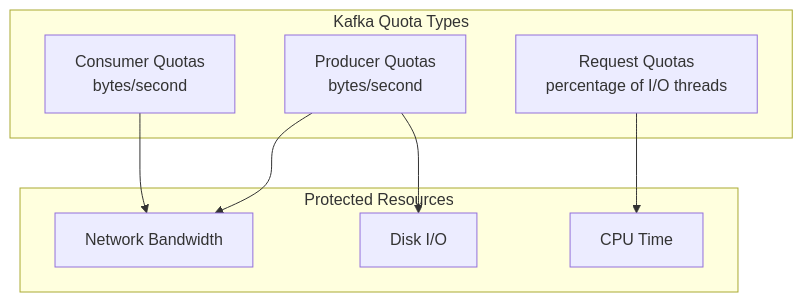
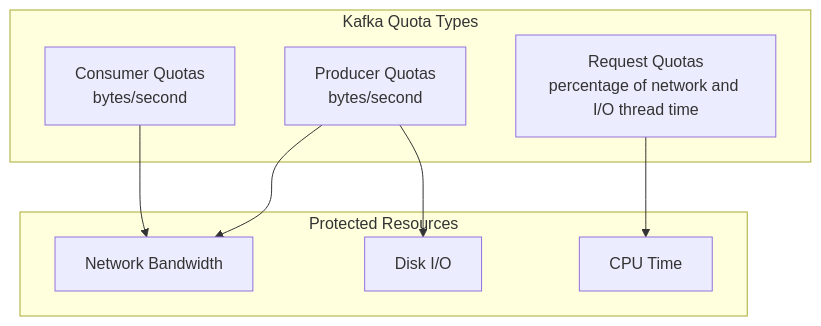
One commit to OneUptime/blog changed the first of 5 diagrams in posts/2026-01-30-kafka-quota-management/README.md. Above: the diagram before and after it, drawn with Mermaid. The commit also changed other lines of this file and 2 other files, not shown here.

````diff
--- a/posts/2026-01-30-kafka-quota-management/README.md
+++ b/posts/2026-01-30-kafka-quota-management/README.md
@@ -21,19 +21,19 @@
 ```mermaid
 flowchart TB
     subgraph Quotas["Kafka Quota Types"]
         PQ["Producer Quotas<br/>bytes/second"]
         CQ["Consumer Quotas<br/>bytes/second"]
-        RQ["Request Quotas<br/>percentage of I/O threads"]
+        RQ["Request Quotas<br/>percentage of network and I/O thread time"]
     end
 
     subgraph Resources["Protected Resources"]
         NB["Network Bandwidth"]
         DI["Disk I/O"]
         CT["CPU Time"]
     end
 
     PQ --> NB
     PQ --> DI
     CQ --> NB
     RQ --> CT
 ```
````
